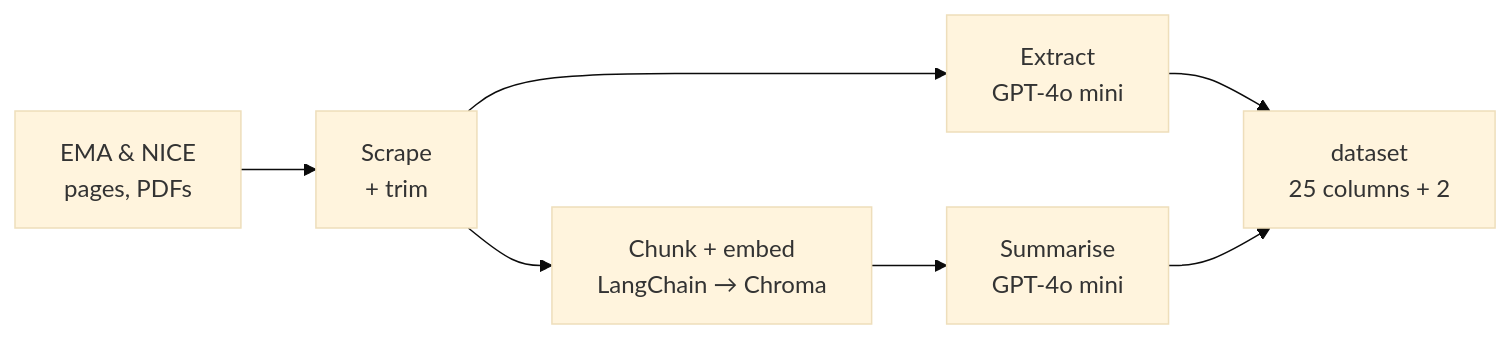
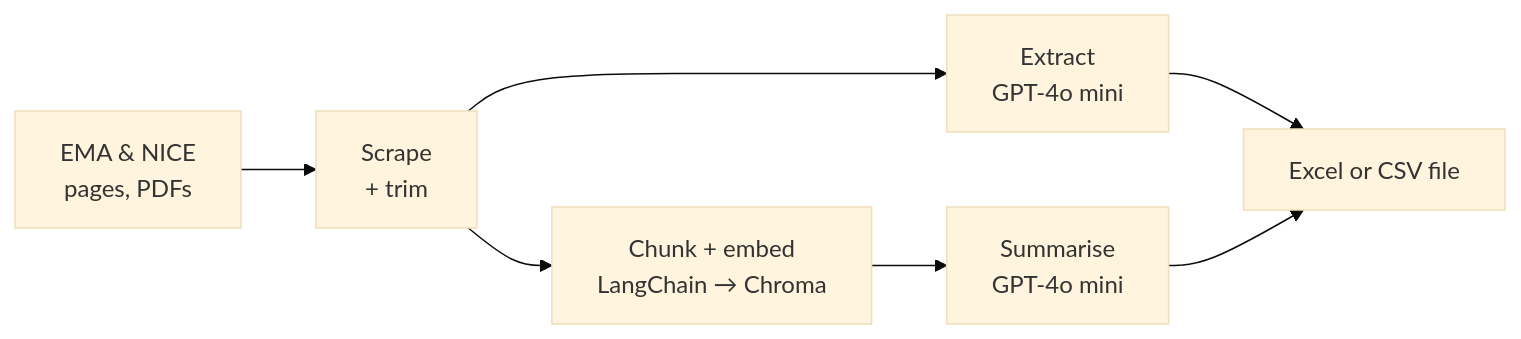
Before and after one commit to yumi-h-1/Automated-EMA-NICE-Data-Scraping: the diagram in README.md, drawn with Mermaid (base theme).

````diff
--- a/README.md
+++ b/README.md
@@ -30,9 +30,9 @@
 ```mermaid
 flowchart LR
     A["EMA & NICE\npages, PDFs"] --> B["Scrape\n+ trim"]
     B --> C["Extract\nGPT-4o mini"]
     B --> D["Chunk + embed\nLangChain → Chroma"]
     D --> E["Summarise\nGPT-4o mini"]
-    C --> F["dataset\n25 columns + 2"]
+    C --> F["Excel or CSV file"]
     E --> F
 ```
````
